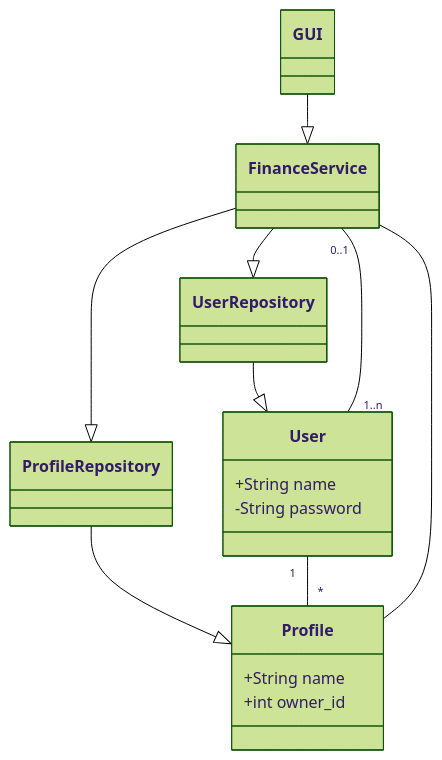
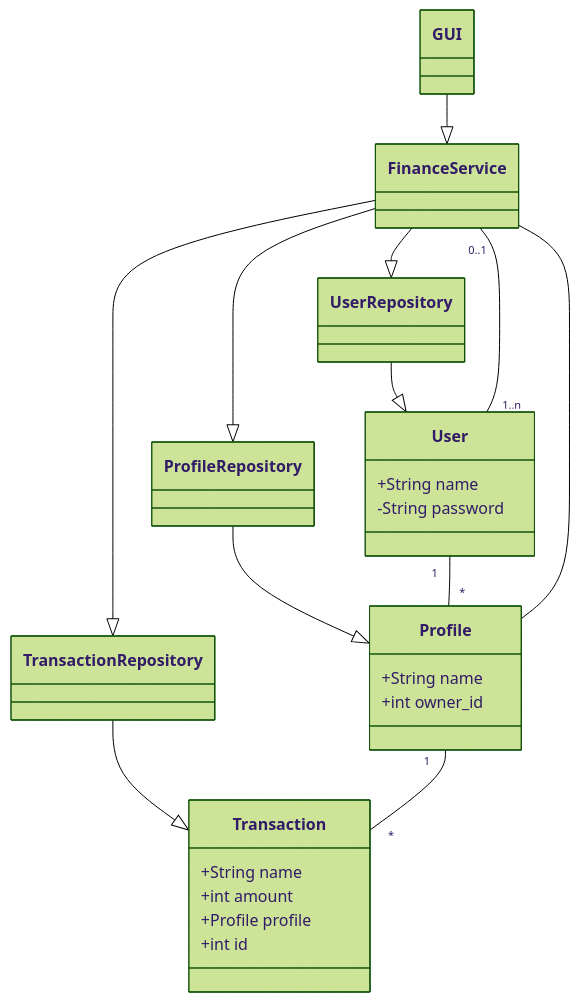
One commit to mpajuka/finanssit changed the diagram in dokumentaatio/arkkitehtuuri.md. Above: the diagram before and after it, drawn with Mermaid (forest theme).

````diff
--- a/dokumentaatio/arkkitehtuuri.md
+++ b/dokumentaatio/arkkitehtuuri.md
@@ -3,21 +3,30 @@
 ```mermaid
 classDiagram
     GUI --|> FinanceService
     FinanceService --|> ProfileRepository
     FinanceService --|> UserRepository
+    FinanceService --|> TransactionRepository
     UserRepository --|> User
     ProfileRepository --|> Profile
+    TransactionRepository --|> Transaction
+    
     Profile -- FinanceService
     User "1" -- "*" Profile
+    Profile "1" -- "*" Transaction
     FinanceService "0..1" -- "1..n" User
 
     class User {
         +String name
         -String password
     }
     class Profile {
         +String name
         +int owner_id
     }
-
+    class Transaction {
+        +String name
+        +int amount
+        +Profile profile
+        +int id
+    }
 ```
````
